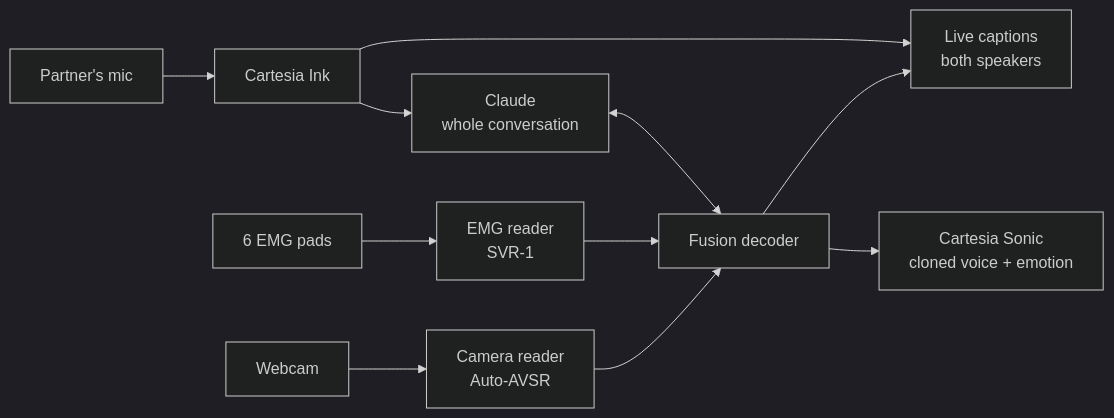
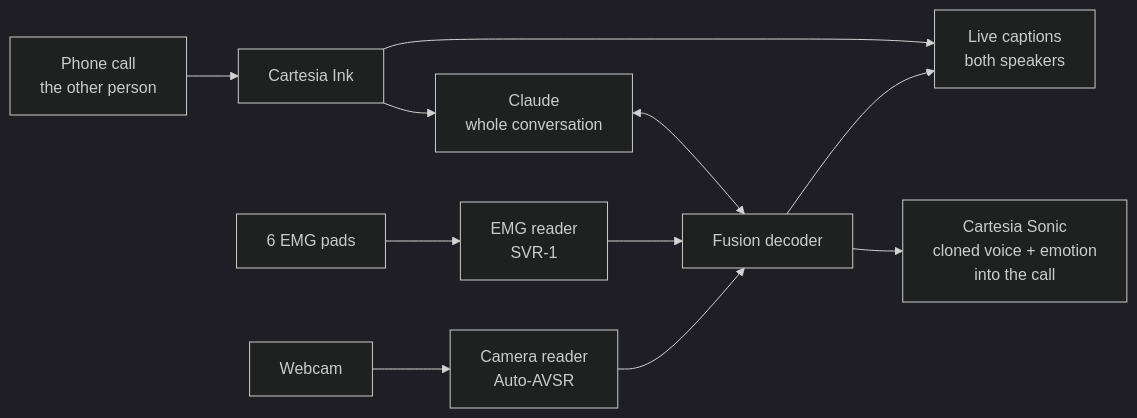
One commit to thaimtl/Reclaim changed the diagram in README.md. Above: the diagram before and after it, drawn with Mermaid (dark theme). The commit also changed other lines of this file and 17 other files, not shown here.

````diff
--- a/README.md
+++ b/README.md
@@ -21,13 +21,13 @@
 ```mermaid
 flowchart LR
     W[Webcam] --> AV[Camera reader<br/>Auto-AVSR]
     P[6 EMG pads] --> E[EMG reader<br/>SVR-1]
     AV --> D[Fusion decoder]
     E --> D
-    M[Partner's mic] --> I[Cartesia Ink]
+    M[Phone call<br/>the other person] --> I[Cartesia Ink]
     I --> C[Claude<br/>whole conversation]
     C <--> D
     D --> CAP[Live captions<br/>both speakers]
     I --> CAP
-    D --> V[Cartesia Sonic<br/>cloned voice + emotion]
+    D --> V[Cartesia Sonic<br/>cloned voice + emotion<br/>into the call]
 ```
````
